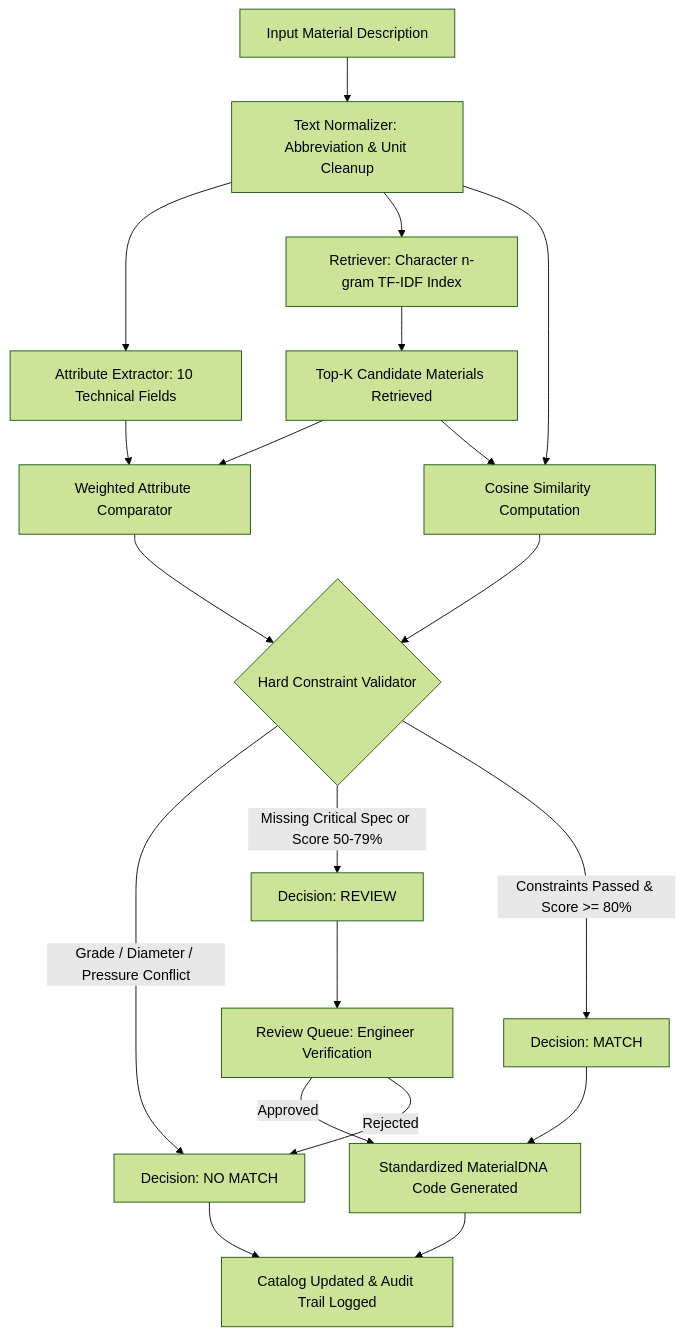
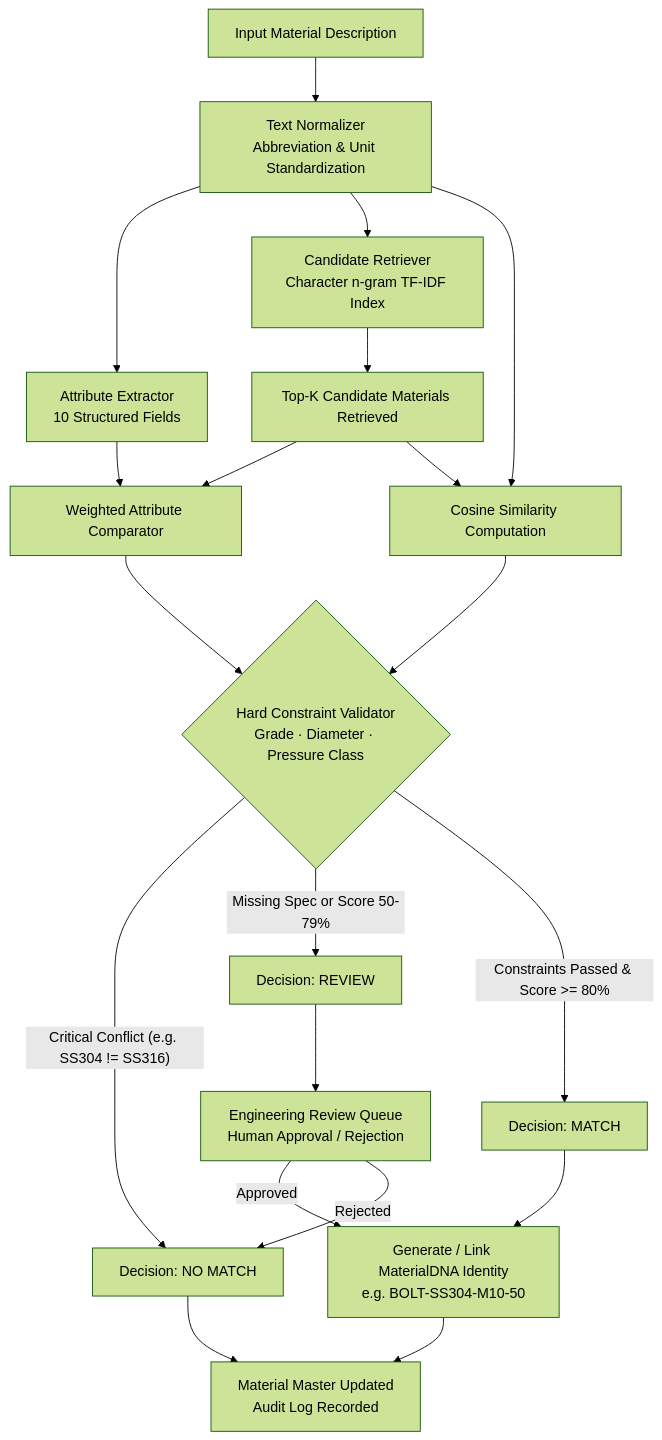
Before and after one commit to jaishrivijayakumar/MaterialDNA-AI: the diagram in README.md, drawn with Mermaid (forest theme). The commit also changed other lines of this file, not shown here.

````diff
--- a/README.md
+++ b/README.md
@@ -165,22 +210,22 @@
 ```mermaid
 flowchart TD
-    A[Input Material Description] --> B[Text Normalizer: Abbreviation & Unit Cleanup]
-    B --> C[Attribute Extractor: 10 Technical Fields]
-    B --> D[Retriever: Character n-gram TF-IDF Index]
+    A[Input Material Description] --> B[Text Normalizer<br/>Abbreviation & Unit Standardization]
+    B --> C[Attribute Extractor<br/>10 Structured Fields]
+    B --> D[Candidate Retriever<br/>Character n-gram TF-IDF Index]
     D --> E[Top-K Candidate Materials Retrieved]
     C --> F[Weighted Attribute Comparator]
     E --> F
     B --> G[Cosine Similarity Computation]
     E --> G
-    F --> H{Hard Constraint Validator}
+    F --> H{Hard Constraint Validator<br/>Grade · Diameter · Pressure Class}
     G --> H
-    H -- Grade / Diameter / Pressure Conflict --> I[Decision: NO MATCH]
-    H -- Missing Critical Spec or Score 50-79% --> J[Decision: REVIEW]
-    H -- Constraints Passed & Score >= 80% --> K[Decision: MATCH]
-    J --> L[Review Queue: Engineer Verification]
-    L -- Approved --> M[Standardized MaterialDNA Code Generated]
+    H -- "Critical Conflict (e.g. SS304 != SS316)" --> I[Decision: NO MATCH]
+    H -- "Missing Spec or Score 50-79%" --> J[Decision: REVIEW]
+    H -- "Constraints Passed & Score >= 80%" --> K[Decision: MATCH]
+    J --> L[Engineering Review Queue<br/>Human Approval / Rejection]
+    L -- Approved --> M[Generate / Link MaterialDNA Identity<br/>e.g. BOLT-SS304-M10-50]
     L -- Rejected --> I
     K --> M
-    M --> N[Catalog Updated & Audit Trail Logged]
+    M --> N[Material Master Updated<br/>Audit Log Recorded]
     I --> N
 ```
````
